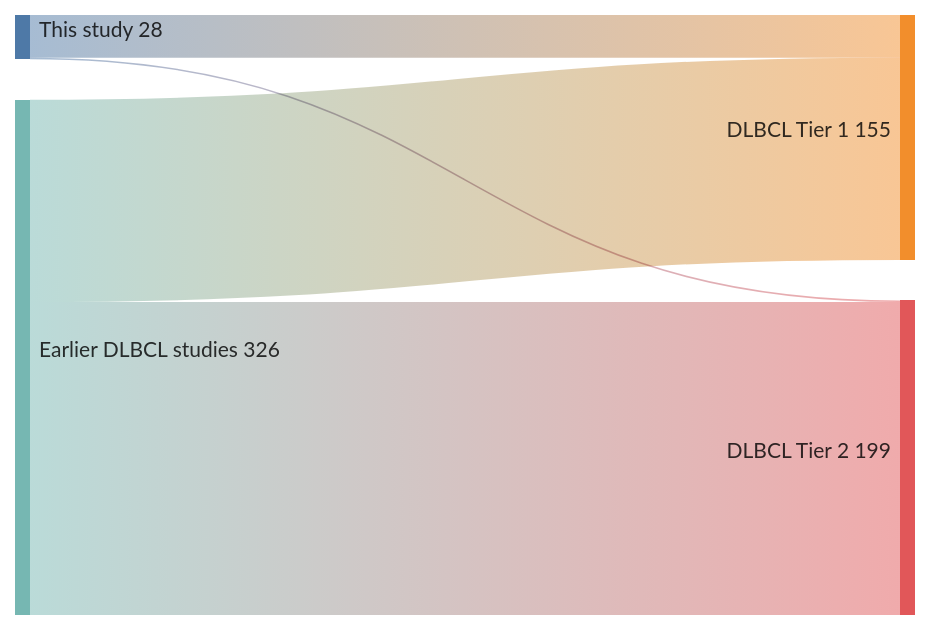
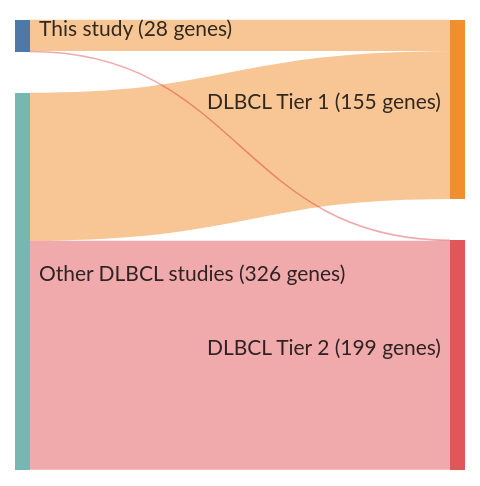
The diagram in morinFrequentMutationHistonemodifying2011.md (morinlab/lymphopedia), drawn with Mermaid before and after one commit.

````diff
--- a/morinFrequentMutationHistonemodifying2011.md
+++ b/morinFrequentMutationHistonemodifying2011.md
@@ -13,18 +13,18 @@
 ```mermaid
 ---
 config:
-sankey:
-showValues: true
-linkColor: target
-width: 300
-height: 300
-nodeAlignment: right
-prefix: '('
-suffix: ' genes)'
+    sankey:
+        showValues: true
+        linkColor: target
+        width: 300
+        height: 300
+        nodeAlignment: right
+        prefix: '('
+        suffix: ' genes)'
 ---
 sankey-beta
 This study, DLBCL Tier 1, 27
 This study, DLBCL Tier 2, 1
-Earlier DLBCL studies, DLBCL Tier 1, 128
-Earlier DLBCL studies, DLBCL Tier 2, 198
+Other DLBCL studies, DLBCL Tier 1, 128
+Other DLBCL studies, DLBCL Tier 2, 198
 ```
````
